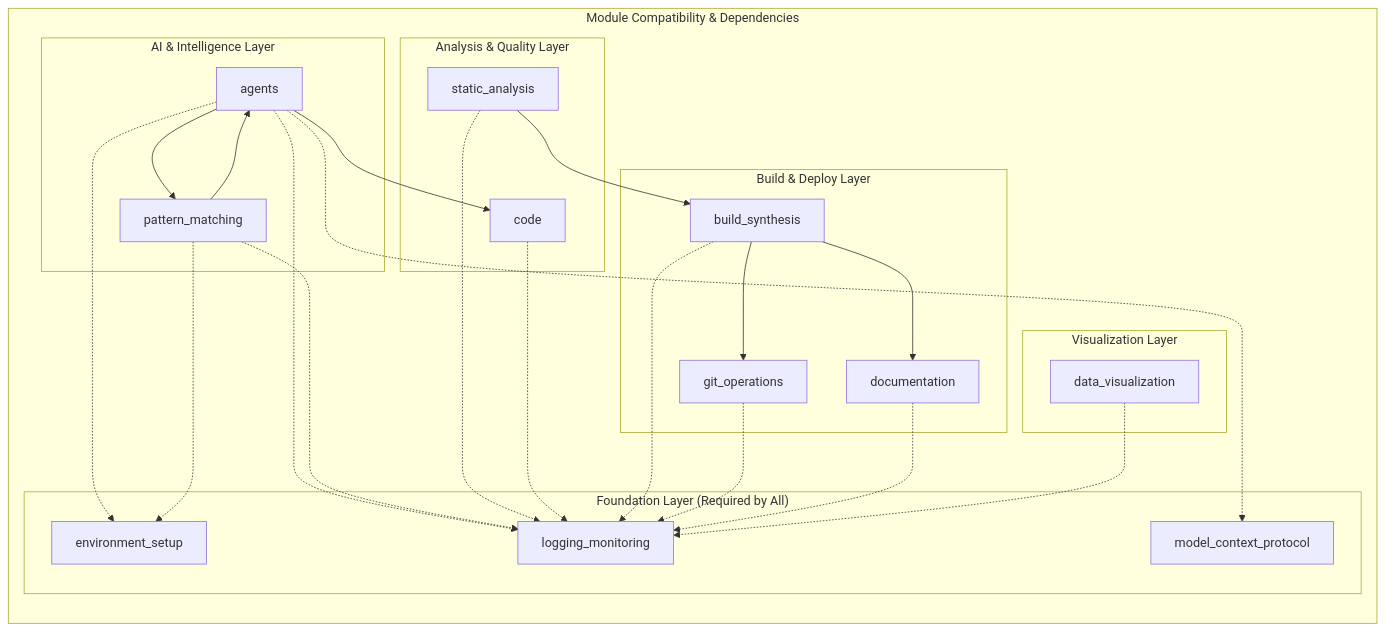
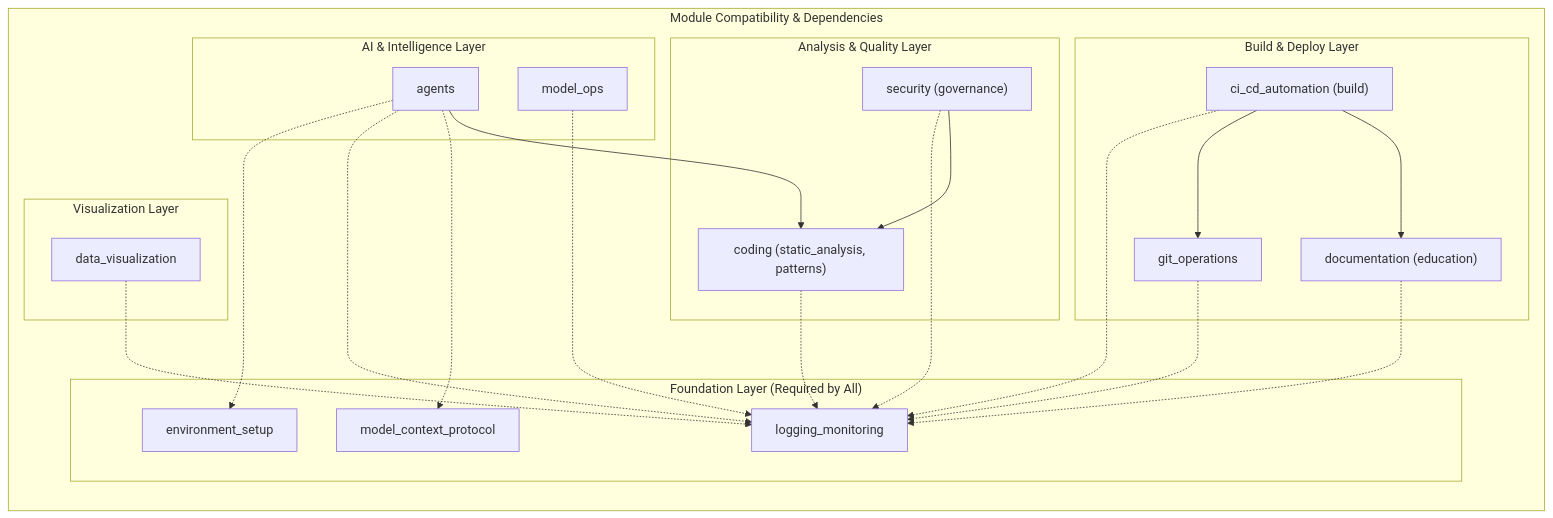
Before and after one commit to docxology/codomyrmex: the third of 3 diagrams in docs/modules/relationships.md, drawn with Mermaid. The commit also changed other lines of this file and 847 other files, not shown here.

````diff
--- a/docs/modules/relationships.md
+++ b/docs/modules/relationships.md
@@ -673,55 +640,52 @@
 ```mermaid
 graph LR
     subgraph "Module Compatibility & Dependencies"
         subgraph "Foundation Layer (Required by All)"
             ENV["environment_setup"]
             LOG["logging_monitoring"]
             MCP["model_context_protocol"]
         end
 
         subgraph "AI & Intelligence Layer"
             AI["agents"]
-            PATTERN["pattern_matching"]
+            MOPS["model_ops"]
         end
 
         subgraph "Analysis & Quality Layer"
-            STATIC["static_analysis"]
-            EXEC["code"]
+            CODE["coding (static_analysis, patterns)"]
+            SEC["security (governance)"]
         end
 
         subgraph "Build & Deploy Layer"
-            BUILD["build_synthesis"]
+            CICD["ci_cd_automation (build)"]
             GIT["git_operations"]
-            DOCS["documentation"]
+            DOCS["documentation (education)"]
         end
 
         subgraph "Visualization Layer"
             VIZ["data_visualization"]
         end
     end
 
     %% Foundation dependencies (dotted lines)
     AI -.-> ENV
     AI -.-> LOG
     AI -.-> MCP
 
-    PATTERN -.-> ENV
-    PATTERN -.-> LOG
+    MOPS -.-> LOG
 
-    STATIC -.-> LOG
-    EXEC -.-> LOG
+    CODE -.-> LOG
+    SEC -.-> LOG
 
-    BUILD -.-> LOG
+    CICD -.-> LOG
     GIT -.-> LOG
     DOCS -.-> LOG
 
     VIZ -.-> LOG
 
     %% Functional dependencies (solid lines)
-    AI --> EXEC
-    AI --> PATTERN
-    STATIC --> BUILD
-    BUILD --> GIT
-    BUILD --> DOCS
-    PATTERN --> AI
+    AI --> CODE
+    SEC --> CODE
+    CICD --> GIT
+    CICD --> DOCS
 ```
````
